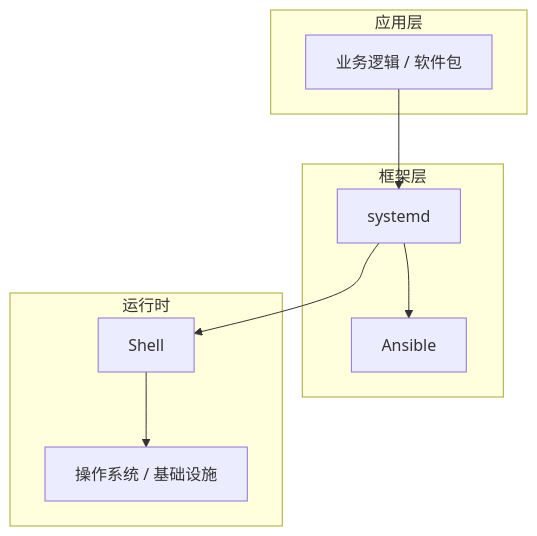
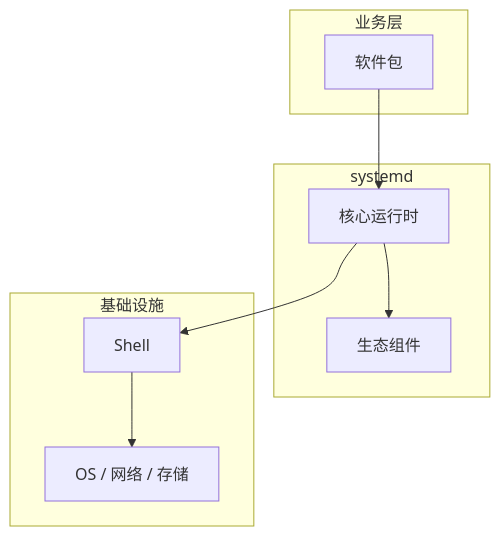
One commit to yanggan2015/knowledge-json-v2 changed the diagram in articles/Linux运维/chapters/031-软件包核心概念与原理.md. Above: the diagram before and after it, drawn with Mermaid. The commit also changed other lines of this file and 10127 other files, not shown here.

````diff
--- a/articles/Linux运维/chapters/031-软件包核心概念与原理.md
+++ b/articles/Linux运维/chapters/031-软件包核心概念与原理.md
@@ -45,18 +34,18 @@
 ```mermaid
 graph TB
-    subgraph 应用层
-        A[业务逻辑 / 软件包]
+    subgraph 业务层
+        A[软件包]
     end
-    subgraph 框架层
-        B[systemd]
-        C[Ansible]
+    subgraph systemd
+        B[核心运行时]
+        C[生态组件]
     end
-    subgraph 运行时
+    subgraph 基础设施
         D[Shell]
-        E[操作系统 / 基础设施]
+        E[OS / 网络 / 存储]
     end
     A --> B
     B --> C
     B --> D
     D --> E
 ```
````
